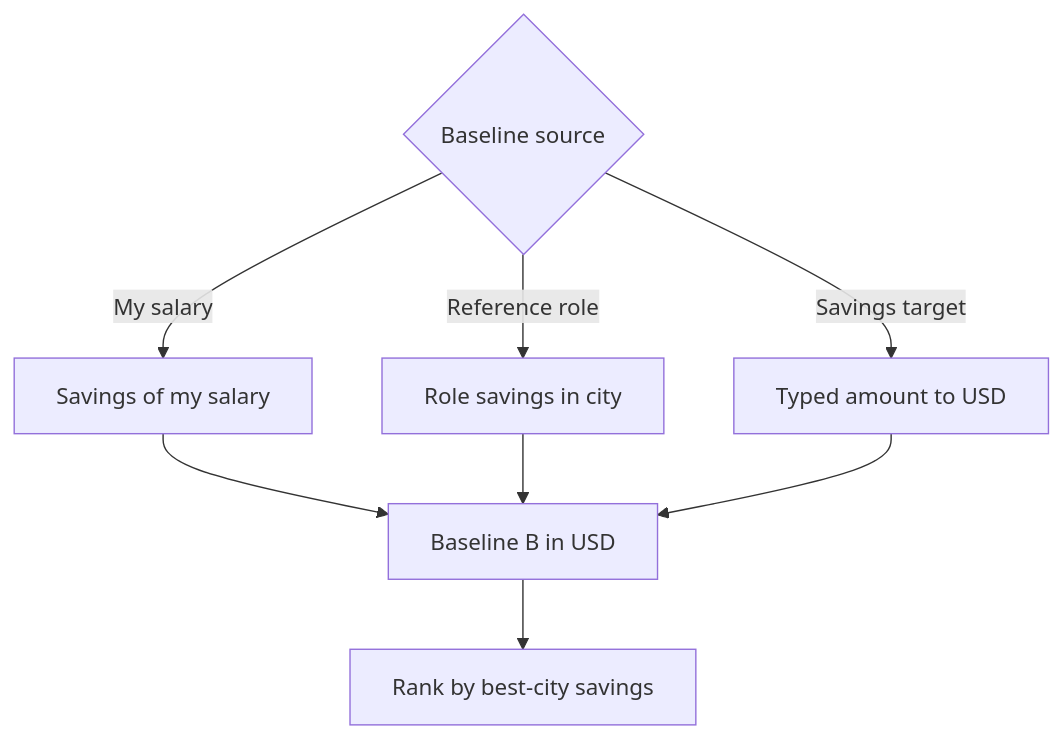
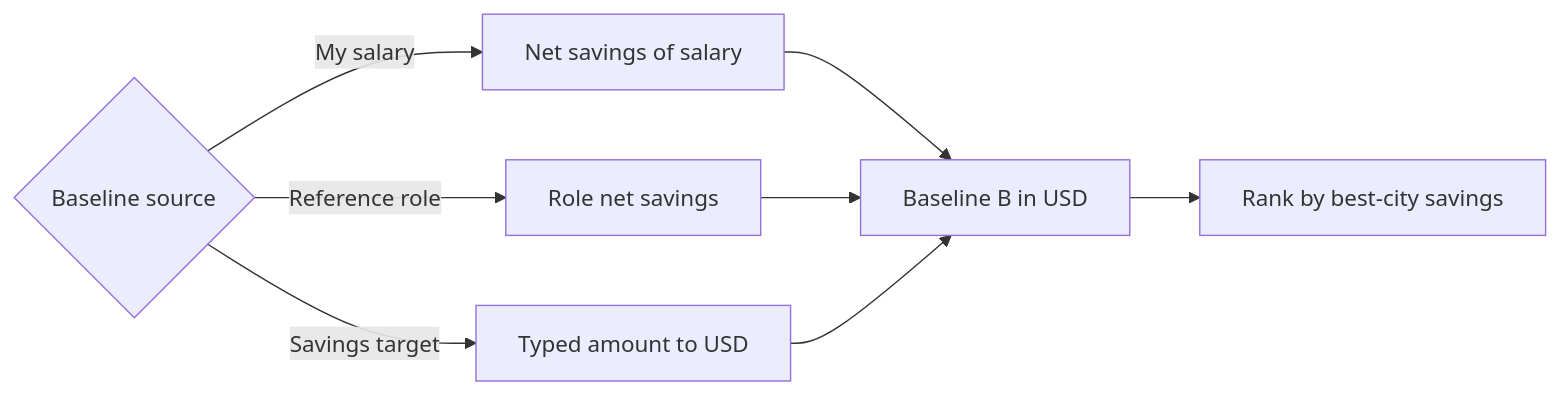
Before and after one commit to wahidyankf/baseerah: the fourth of 5 diagrams in plans/in-progress/ayokoding-www-salary-savings-calculator/tech-docs.md, drawn with Mermaid. The commit also changed other lines of this file and 20 other files, not shown here.

````diff
--- a/plans/in-progress/ayokoding-www-salary-savings-calculator/tech-docs.md
+++ b/plans/in-progress/ayokoding-www-salary-savings-calculator/tech-docs.md
@@ -45,10 +78,10 @@
 ```mermaid
-flowchart TD
-    BSEL{Baseline source} -->|My salary| BS[Savings of my salary]
-    BSEL -->|Reference role| BR[Role savings in city]
+flowchart LR
+    BSEL{Baseline source} -->|My salary| BS[Net savings of salary]
+    BSEL -->|Reference role| BR[Role net savings]
     BSEL -->|Savings target| BT[Typed amount to USD]
     BS --> NORM[Baseline B in USD]
     BR --> NORM
     BT --> NORM
     NORM --> RANK[Rank by best-city savings]
 ```
````
